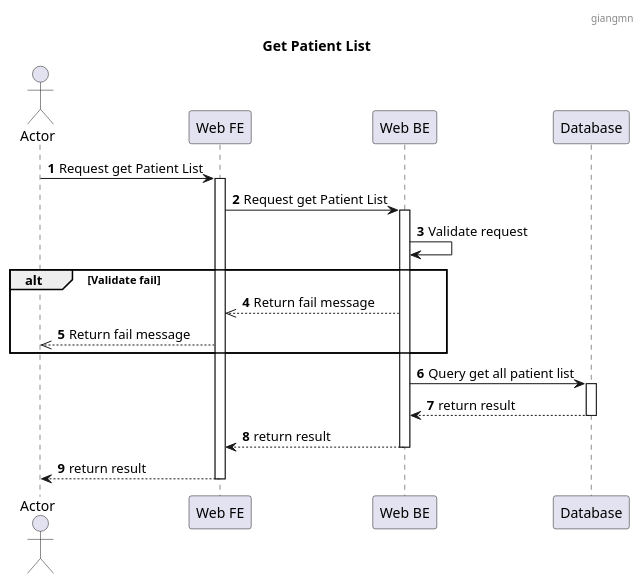
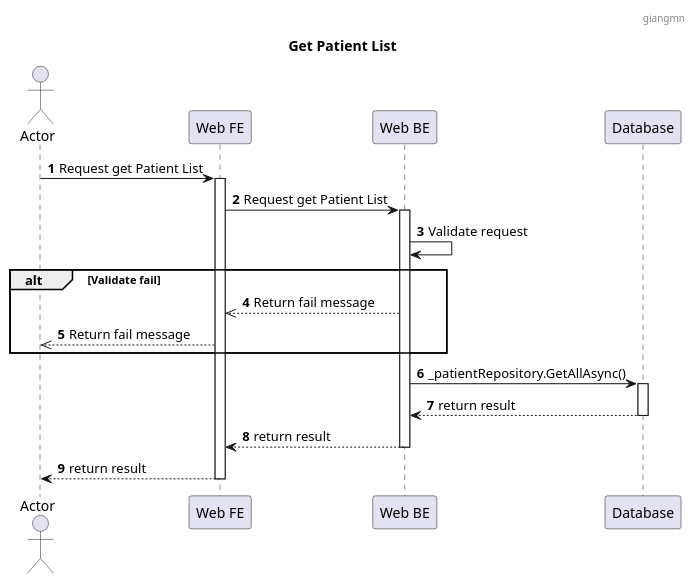
Before and after one commit to jang1902/SEP490_Sequence: the diagram in Sequence/Patient/View Patient List.puml, drawn with PlantUML. The commit also changed 10 other files, not shown here.

```diff
--- a/Sequence/Patient/View Patient List.puml
+++ b/Sequence/Patient/View Patient List.puml
@@ -1,29 +1,29 @@
 @startuml
 header : giangmn
 title: Get Patient List
 autonumber
 
 actor "Actor" as a
 participant "Web FE" as fe
 participant "Web BE" as be
 participant "Database" as db
 
 a-> fe: Request get Patient List
 fe++
 fe -> be: Request get Patient List
 be++
 be -> be: Validate request
 alt Validate fail
 be -->> fe: Return fail message
 fe -->> a: Return fail message
 end
 
-be -> db: Query get all patient list
+be -> db: _patientRepository.GetAllAsync()
 db++
 db --> be: return result
 db--
 be --> fe: return result
 be--
 fe --> a: return result
 fe--
 @enduml
```
